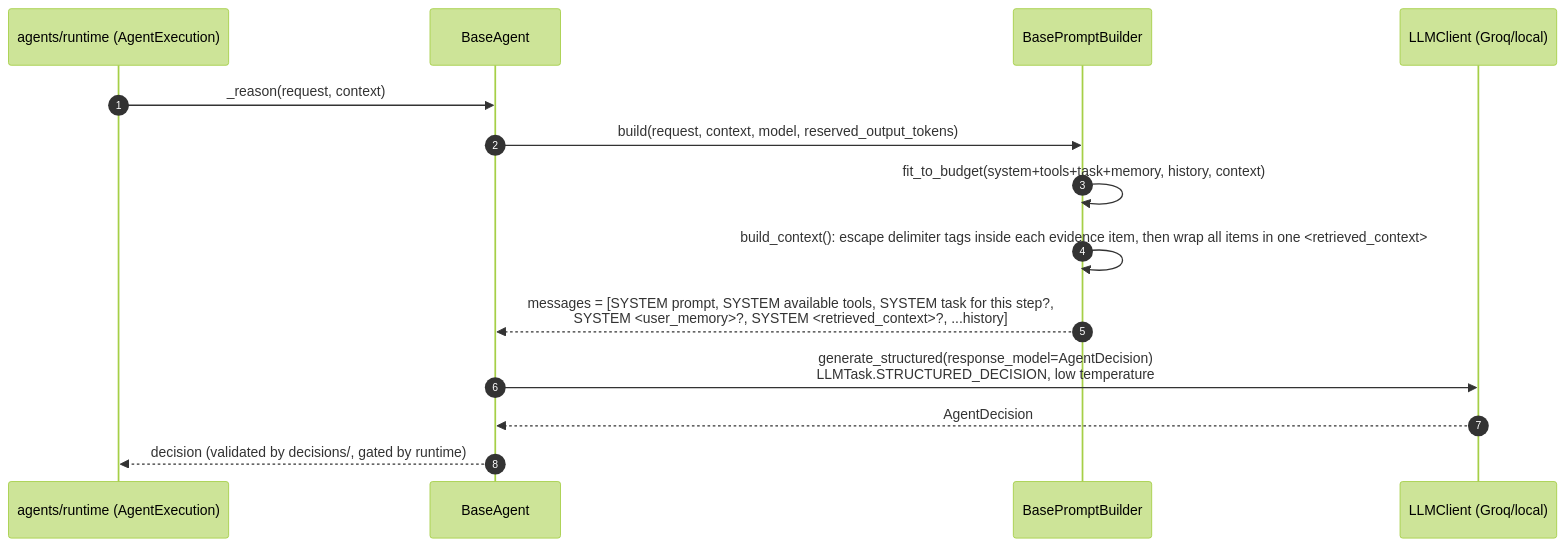
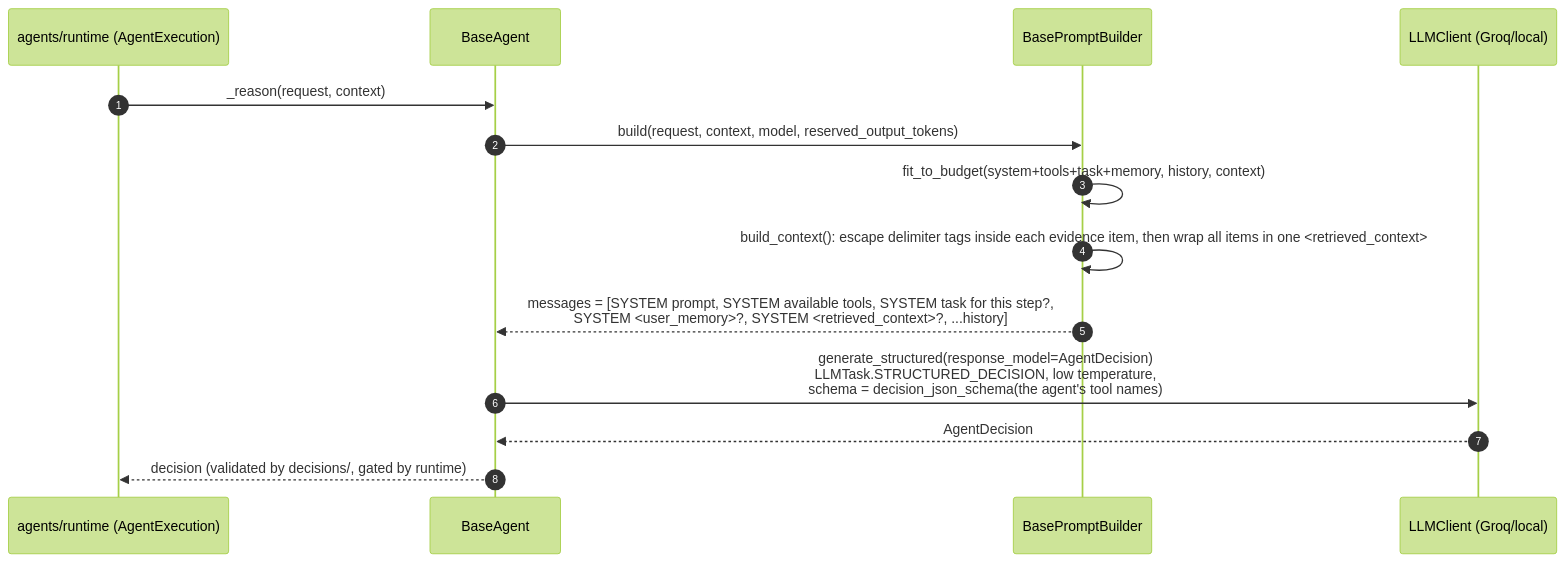
The diagram in server/src/agentic/agents/README.md (bharatkse/juris-ai), drawn with Mermaid (forest theme) before and after one commit. The commit also changed other lines of this file and 19 other files, not shown here.

Commit message:
feat(agentic): fail agent LLM calls over to local Ollama when Groq is unavailable

````diff
--- a/server/src/agentic/agents/README.md
+++ b/server/src/agentic/agents/README.md
@@ -32,17 +32,17 @@
 ```mermaid
 sequenceDiagram
     autonumber
     participant RT as agents/runtime (AgentExecution)
     participant A as BaseAgent
     participant PB as BasePromptBuilder
     participant LLM as LLMClient (Groq/local)
 
     RT->>A: _reason(request, context)
     A->>PB: build(request, context, model, reserved_output_tokens)
     PB->>PB: fit_to_budget(system+tools+task+memory, history, context)
     PB->>PB: build_context(): escape delimiter tags inside each evidence item, then wrap all items in one <retrieved_context>
     PB-->>A: messages = [SYSTEM prompt, SYSTEM available tools, SYSTEM task for this step?,<br/>SYSTEM <user_memory>?, SYSTEM <retrieved_context>?, ...history]
-    A->>LLM: generate_structured(response_model=AgentDecision)<br/>LLMTask.STRUCTURED_DECISION, low temperature
+    A->>LLM: generate_structured(response_model=AgentDecision)<br/>LLMTask.STRUCTURED_DECISION, low temperature,<br/>schema = decision_json_schema(the agent's tool names)
     LLM-->>A: AgentDecision
     A-->>RT: decision (validated by decisions/, gated by runtime)
 ```
````
